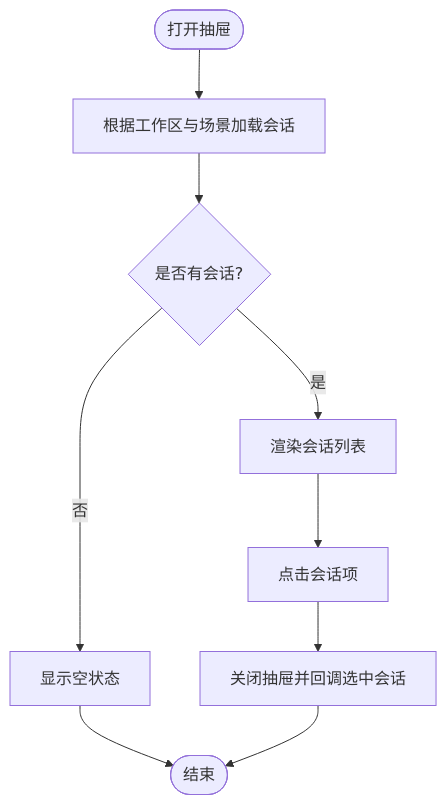
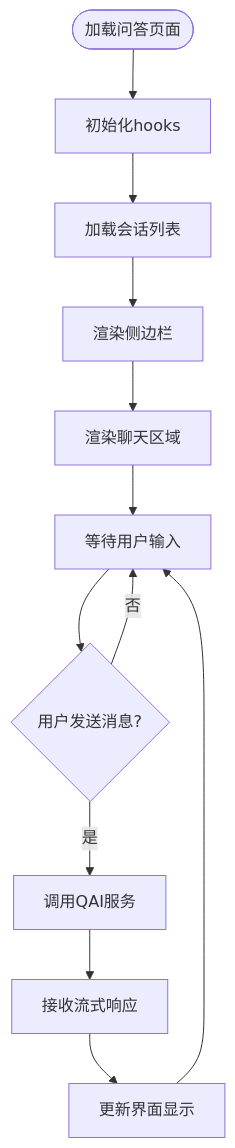
The third of 8 diagrams in .qoder/repowiki/zh/content/前端架构/业务模块前端实现/QA模块.md (inier/ontology-graphiti), drawn with Mermaid before and after one commit. The commit also changed other lines of this file and 8 other files, not shown here.

````diff
--- a/.qoder/repowiki/zh/content/前端架构/业务模块前端实现/QA模块.md
+++ b/.qoder/repowiki/zh/content/前端架构/业务模块前端实现/QA模块.md
@@ -127,11 +140,14 @@
 ```mermaid
 flowchart TD
-Start(["打开抽屉"]) --> Load["根据工作区与场景加载会话"]
-Load --> HasData{"是否有会话?"}
-HasData --> |是| RenderList["渲染会话列表"]
-HasData --> |否| ShowEmpty["显示空状态"]
-RenderList --> Select["点击会话项"]
-Select --> Close["关闭抽屉并回调选中会话"]
-ShowEmpty --> End(["结束"])
-Close --> End
+Start(["加载问答页面"]) --> InitHooks["初始化hooks"]
+InitHooks --> LoadSessions["加载会话列表"]
+LoadSessions --> RenderSidebar["渲染侧边栏"]
+RenderSidebar --> RenderChat["渲染聊天区域"]
+RenderChat --> WaitInput["等待用户输入"]
+WaitInput --> UserInput{"用户发送消息?"}
+UserInput --> |是| SendMessage["调用QAI服务"]
+UserInput --> |否| WaitInput
+SendMessage --> StreamResponse["接收流式响应"]
+StreamResponse --> UpdateUI["更新界面显示"]
+UpdateUI --> WaitInput
 ```
````
